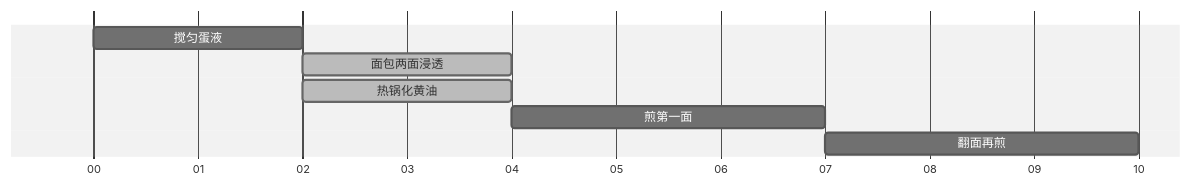
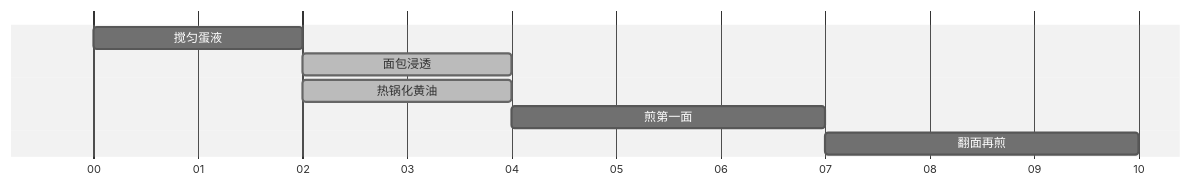
The diagram in recipes/breakfast/protein-french-toast.md (kangaroologist-ai/recipes), drawn with Mermaid (neutral theme) before and after one commit. The commit also changed other lines of this file and 11 other files, not shown here.

````diff
--- a/recipes/breakfast/protein-french-toast.md
+++ b/recipes/breakfast/protein-french-toast.md
@@ -11,11 +11,11 @@
 ```mermaid
 gantt
 dateFormat mm
 axisFormat %M
 todayMarker off
   搅匀蛋液 :wet, 00, 2m
-  面包两面浸透 :done, soak, 02, 2m
+  面包浸透 :done, soak, 02, 2m
   热锅化黄油 :done, heat, 02, 2m
   煎第一面 :fry, 04, 3m
   翻面再煎 :flip, 07, 3m
 ```
````
